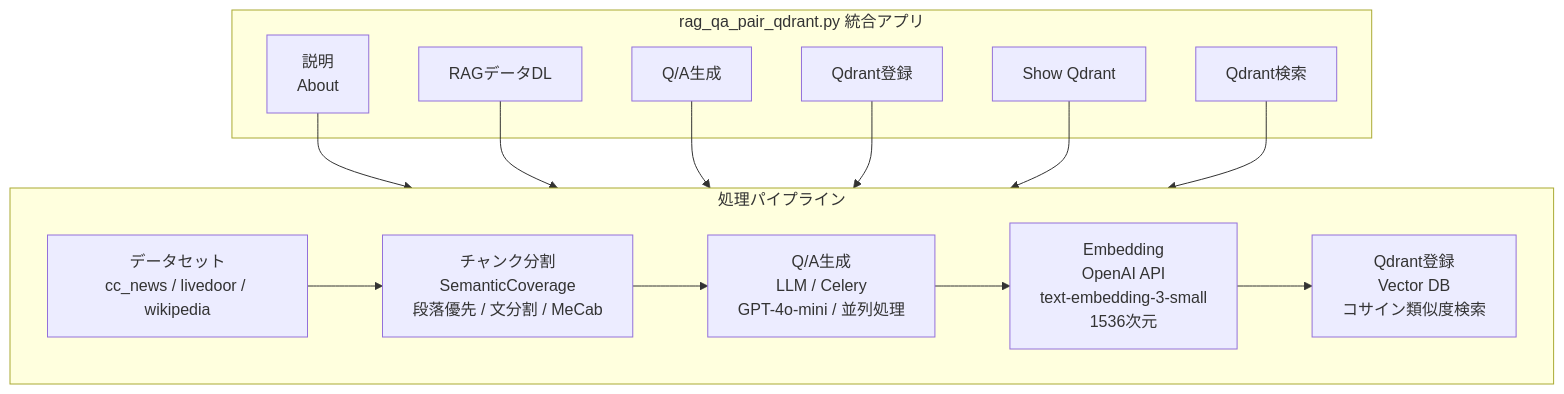
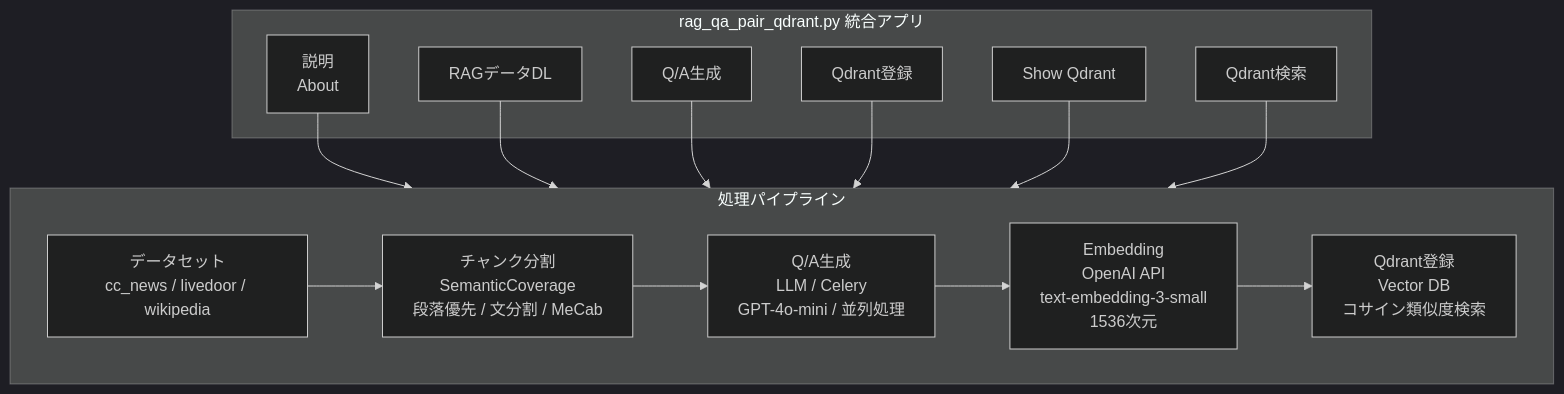
The first of 6 diagrams in README.md (nakashima2toshio/openai_rag_qa_jp), drawn with Mermaid before and after one commit. The commit also changed other lines of this file, not shown here.

Commit message:
Apply dark theme to all Mermaid diagrams in README.md

````diff
--- a/README.md
+++ b/README.md
@@ -43,28 +44,29 @@
 ```mermaid
+%%{init: {'theme': 'dark'}}%%
 flowchart TB
     subgraph APP["rag_qa_pair_qdrant.py 統合アプリ"]
         A1["説明<br/>About"]
         A2["RAGデータDL"]
         A3["Q/A生成"]
         A4["Qdrant登録"]
         A5["Show Qdrant"]
         A6["Qdrant検索"]
     end
 
     subgraph PIPELINE["処理パイプライン"]
         P1["データセット<br/>cc_news / livedoor / wikipedia"]
         P2["チャンク分割<br/>SemanticCoverage<br/>段落優先 / 文分割 / MeCab"]
         P3["Q/A生成<br/>LLM / Celery<br/>GPT-4o-mini / 並列処理"]
         P4["Embedding<br/>OpenAI API<br/>text-embedding-3-small<br/>1536次元"]
         P5["Qdrant登録<br/>Vector DB<br/>コサイン類似度検索"]
     end
 
     A1 --> PIPELINE
     A2 --> PIPELINE
     A3 --> PIPELINE
     A4 --> PIPELINE
     A5 --> PIPELINE
     A6 --> PIPELINE
 
     P1 --> P2 --> P3 --> P4 --> P5
 ```
````
